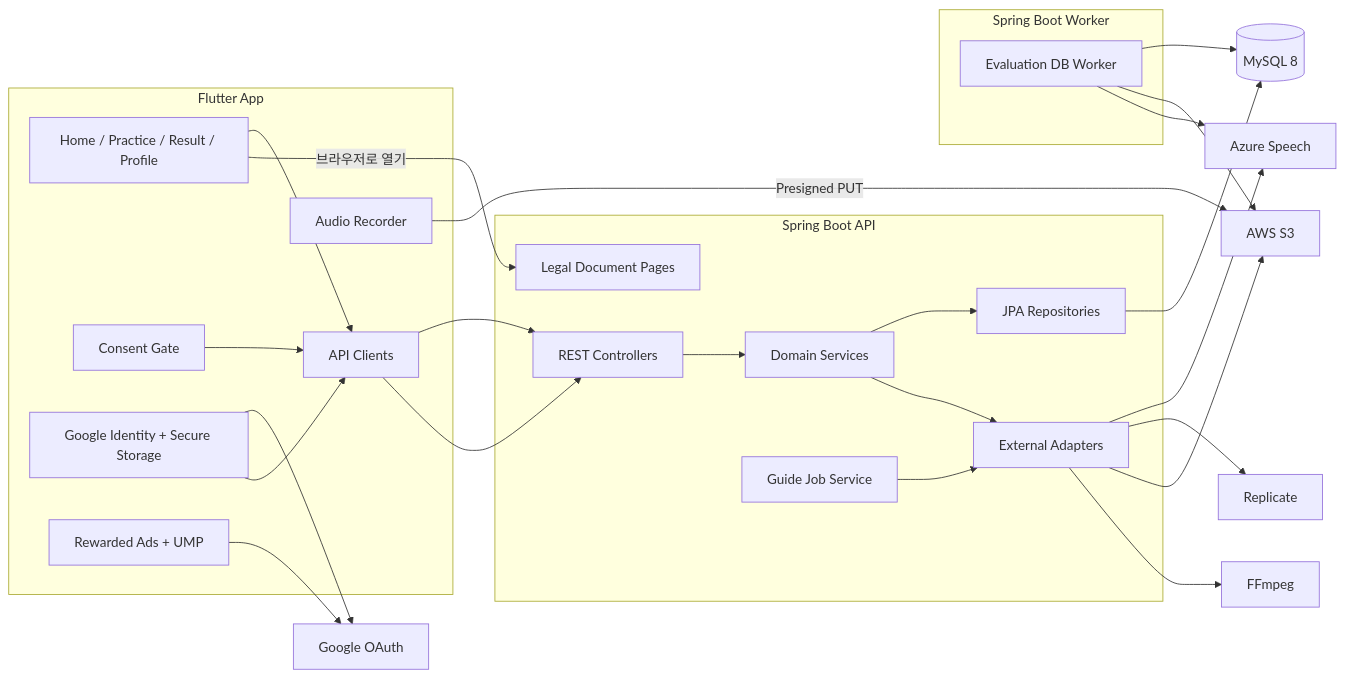
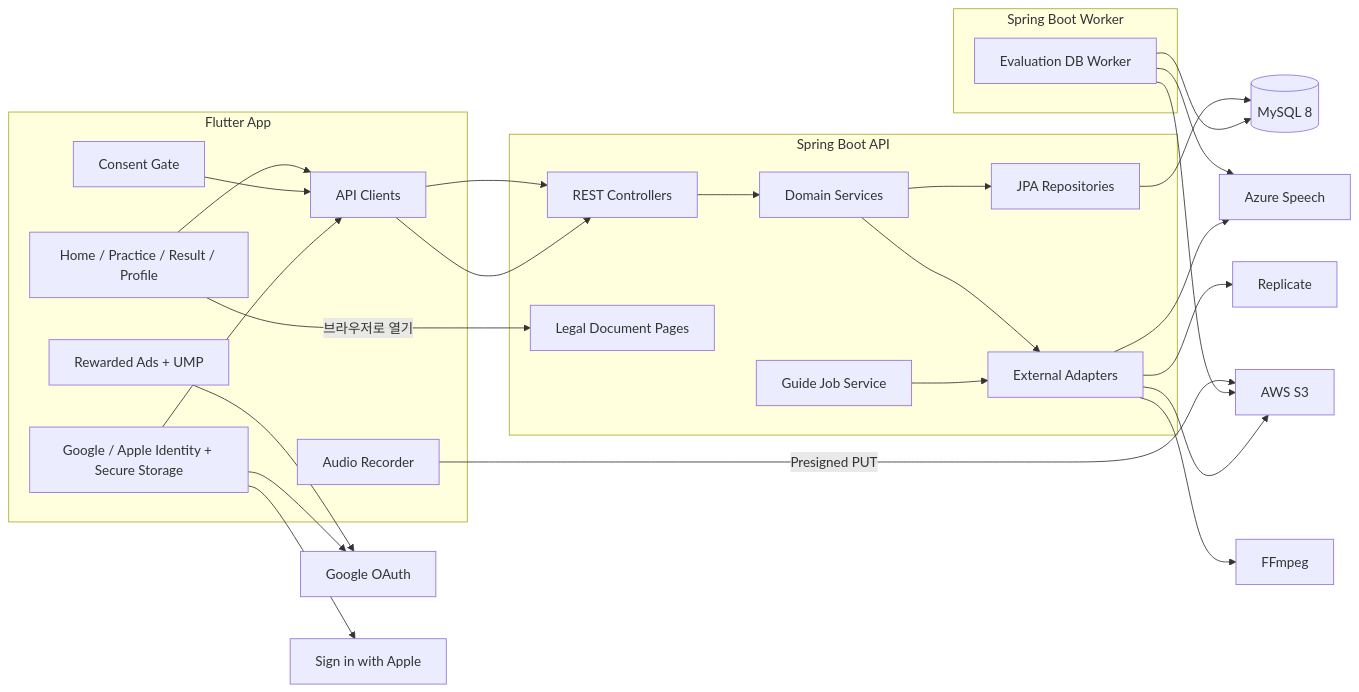
One commit to byeok99/LingKo changed the diagram in docs/architecture/system-architecture.md. Above: the diagram before and after it, drawn with Mermaid. The commit also changed other lines of this file and 72 other files, not shown here.

Commit message:
feat: implement secure Apple sign-in

````diff
--- a/docs/architecture/system-architecture.md
+++ b/docs/architecture/system-architecture.md
@@ -5,49 +5,51 @@
 ```mermaid
 flowchart LR
     subgraph Mobile[Flutter App]
       UI[Home / Practice / Result / Profile]
       CONSENT[Consent Gate]
       API[API Clients]
-      AUTH[Google Identity + Secure Storage]
+      AUTH[Google / Apple Identity + Secure Storage]
       REC[Audio Recorder]
       ADS[Rewarded Ads + UMP]
     end
 
     subgraph APIBackend[Spring Boot API]
       CTRL[REST Controllers]
       LEGAL[Legal Document Pages]
       DOM[Domain Services]
       JPA[JPA Repositories]
       JOB[Guide Job Service]
       EXT[External Adapters]
     end
 
     subgraph WorkerBackend[Spring Boot Worker]
       EJOB[Evaluation DB Worker]
     end
 
     DB[(MySQL 8)]
     GOOGLE[Google OAuth]
+    APPLE[Sign in with Apple]
     AZURE[Azure Speech]
     REP[Replicate]
     S3[AWS S3]
     FFMPEG[FFmpeg]
 
     UI --> API --> CTRL --> DOM --> JPA --> DB
     CONSENT --> API
     UI -->|브라우저로 열기| LEGAL
     ADS --> GOOGLE
     AUTH --> GOOGLE
+    AUTH --> APPLE
     AUTH --> API
     REC -->|Presigned PUT| S3
     API --> CTRL
     EJOB --> DB
     EJOB --> S3
     EJOB --> AZURE
     DOM --> EXT
     JOB --> EXT
     EXT --> AZURE
     EXT --> REP
     EXT --> S3
     EXT --> FFMPEG
 ```
````
